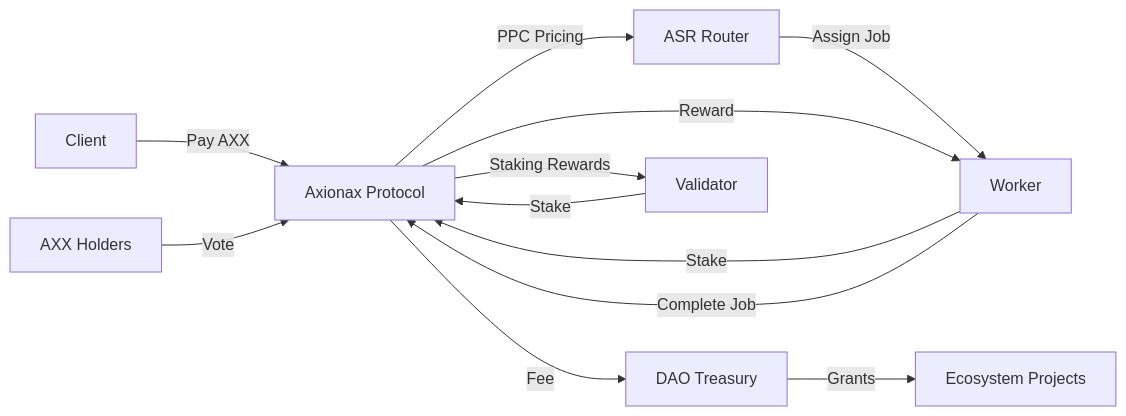
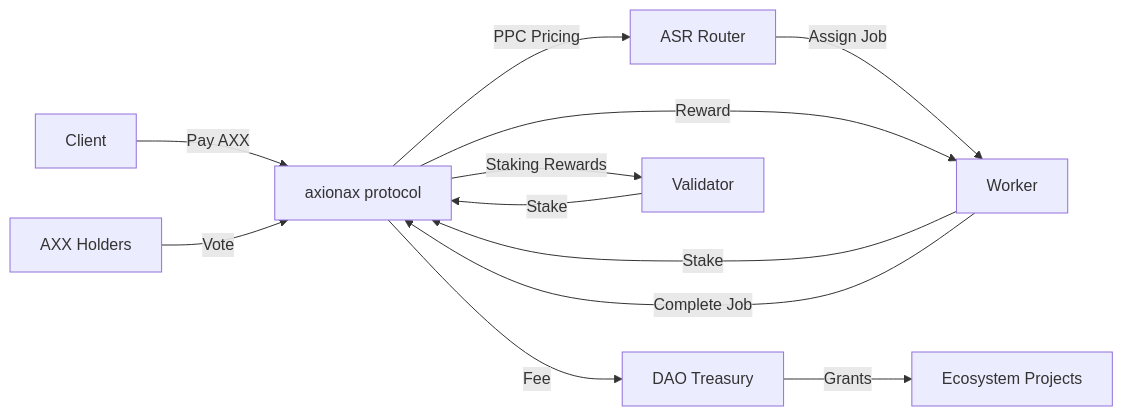
The diagram in AXX_Upgrade_v1.6.md (axionaxprotocol/axionax-docs), drawn with Mermaid before and after one commit. The commit also changed other lines of this file and 40 other files, not shown here.

Commit message:
fix: update branding to lowercase 'axionax protocol' and domain to axionax.org

````diff
--- a/AXX_Upgrade_v1.6.md
+++ b/AXX_Upgrade_v1.6.md
@@ -100,17 +100,17 @@
 ```mermaid
 flowchart LR
-    Client[Client] -->|Pay AXX| Protocol[Axionax Protocol]
+    Client[Client] -->|Pay AXX| Protocol[axionax protocol]
     Protocol -->|PPC Pricing| ASR[ASR Router]
     ASR -->|Assign Job| Worker[Worker]
     Worker -->|Stake| Protocol
     Worker -->|Complete Job| Protocol
     Protocol -->|Reward| Worker
     Protocol -->|Fee| Treasury[DAO Treasury]
     
     Validator[Validator] -->|Stake| Protocol
     Protocol -->|Staking Rewards| Validator
     
     Treasury -->|Grants| Ecosystem[Ecosystem Projects]
     
     DAO[AXX Holders] -->|Vote| Protocol
 ```
````
